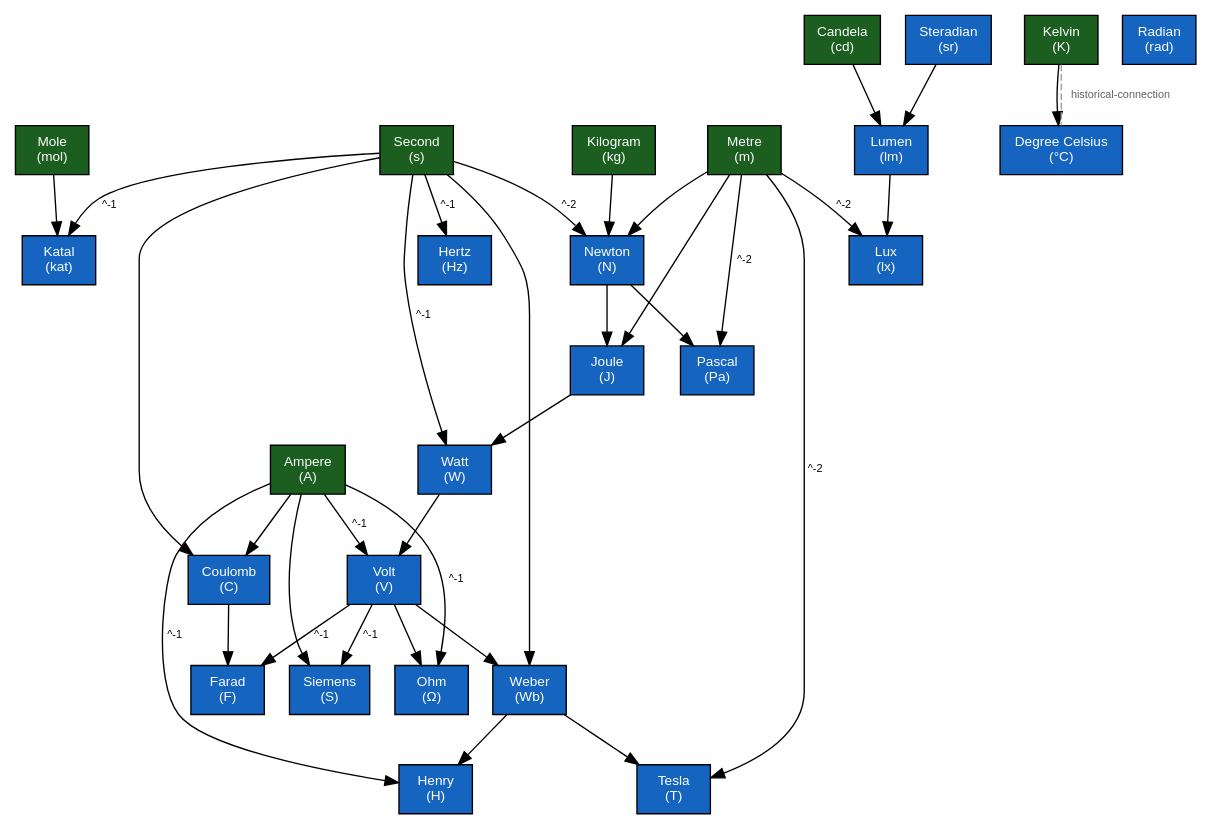
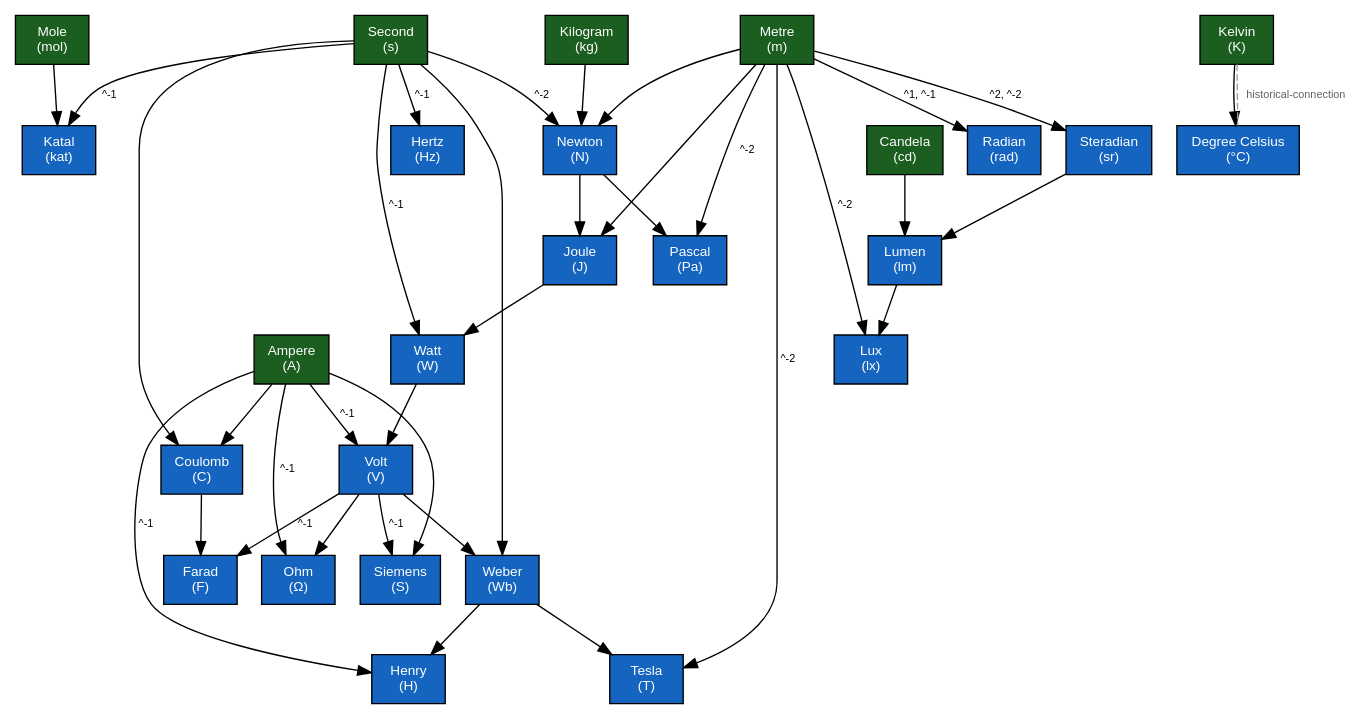
Before and after one commit to ElliotScher/Metrology: the diagram in output/graph.dot, drawn with Graphviz. The commit also changed 12 other files, not shown here.

```diff
--- a/output/graph.dot
+++ b/output/graph.dot
@@ -1,65 +1,67 @@
 digraph metrology {
   rankdir="TB";
   node [shape=box, style=filled, fontname="Helvetica", fontsize=10];
   edge [fontname="Helvetica", fontsize=8];
   "ampere" [label="Ampere\n(A)", fillcolor="#1b5e20", fontcolor="white"];
   "candela" [label="Candela\n(cd)", fillcolor="#1b5e20", fontcolor="white"];
   "celsius" [label="Degree Celsius\n(°C)", fillcolor="#1565c0", fontcolor="white"];
   "coulomb" [label="Coulomb\n(C)", fillcolor="#1565c0", fontcolor="white"];
   "farad" [label="Farad\n(F)", fillcolor="#1565c0", fontcolor="white"];
   "henry" [label="Henry\n(H)", fillcolor="#1565c0", fontcolor="white"];
   "hertz" [label="Hertz\n(Hz)", fillcolor="#1565c0", fontcolor="white"];
   "joule" [label="Joule\n(J)", fillcolor="#1565c0", fontcolor="white"];
   "katal" [label="Katal\n(kat)", fillcolor="#1565c0", fontcolor="white"];
   "kelvin" [label="Kelvin\n(K)", fillcolor="#1b5e20", fontcolor="white"];
   "kilogram" [label="Kilogram\n(kg)", fillcolor="#1b5e20", fontcolor="white"];
   "lumen" [label="Lumen\n(lm)", fillcolor="#1565c0", fontcolor="white"];
   "lux" [label="Lux\n(lx)", fillcolor="#1565c0", fontcolor="white"];
   "metre" [label="Metre\n(m)", fillcolor="#1b5e20", fontcolor="white"];
   "mole" [label="Mole\n(mol)", fillcolor="#1b5e20", fontcolor="white"];
   "newton" [label="Newton\n(N)", fillcolor="#1565c0", fontcolor="white"];
   "ohm" [label="Ohm\n(Ω)", fillcolor="#1565c0", fontcolor="white"];
   "pascal" [label="Pascal\n(Pa)", fillcolor="#1565c0", fontcolor="white"];
   "radian" [label="Radian\n(rad)", fillcolor="#1565c0", fontcolor="white"];
   "second" [label="Second\n(s)", fillcolor="#1b5e20", fontcolor="white"];
   "siemens" [label="Siemens\n(S)", fillcolor="#1565c0", fontcolor="white"];
   "steradian" [label="Steradian\n(sr)", fillcolor="#1565c0", fontcolor="white"];
   "tesla" [label="Tesla\n(T)", fillcolor="#1565c0", fontcolor="white"];
   "volt" [label="Volt\n(V)", fillcolor="#1565c0", fontcolor="white"];
   "watt" [label="Watt\n(W)", fillcolor="#1565c0", fontcolor="white"];
   "weber" [label="Weber\n(Wb)", fillcolor="#1565c0", fontcolor="white"];
   "kelvin" -> "celsius" [label=""];
   "ampere" -> "coulomb" [label=""];
   "second" -> "coulomb" [label=""];
   "coulomb" -> "farad" [label=""];
   "volt" -> "farad" [label="^-1"];
   "weber" -> "henry" [label=""];
   "ampere" -> "henry" [label="^-1"];
   "second" -> "hertz" [label="^-1"];
   "newton" -> "joule" [label=""];
   "metre" -> "joule" [label=""];
   "mole" -> "katal" [label=""];
   "second" -> "katal" [label="^-1"];
   "candela" -> "lumen" [label=""];
   "steradian" -> "lumen" [label=""];
   "lumen" -> "lux" [label=""];
   "metre" -> "lux" [label="^-2"];
   "kilogram" -> "newton" [label=""];
   "metre" -> "newton" [label=""];
   "second" -> "newton" [label="^-2"];
   "volt" -> "ohm" [label=""];
   "ampere" -> "ohm" [label="^-1"];
   "newton" -> "pascal" [label=""];
   "metre" -> "pascal" [label="^-2"];
+  "metre" -> "radian" [label="^1, ^-1"];
   "ampere" -> "siemens" [label=""];
   "volt" -> "siemens" [label="^-1"];
+  "metre" -> "steradian" [label="^2, ^-2"];
   "weber" -> "tesla" [label=""];
   "metre" -> "tesla" [label="^-2"];
   "watt" -> "volt" [label=""];
   "ampere" -> "volt" [label="^-1"];
   "joule" -> "watt" [label=""];
   "second" -> "watt" [label="^-1"];
   "volt" -> "weber" [label=""];
   "second" -> "weber" [label=""];
   "kelvin" -> "celsius" [dir=none, style=dashed, color="#9e9e9e", fontcolor="#616161", label="historical-connection"];
 }
```
